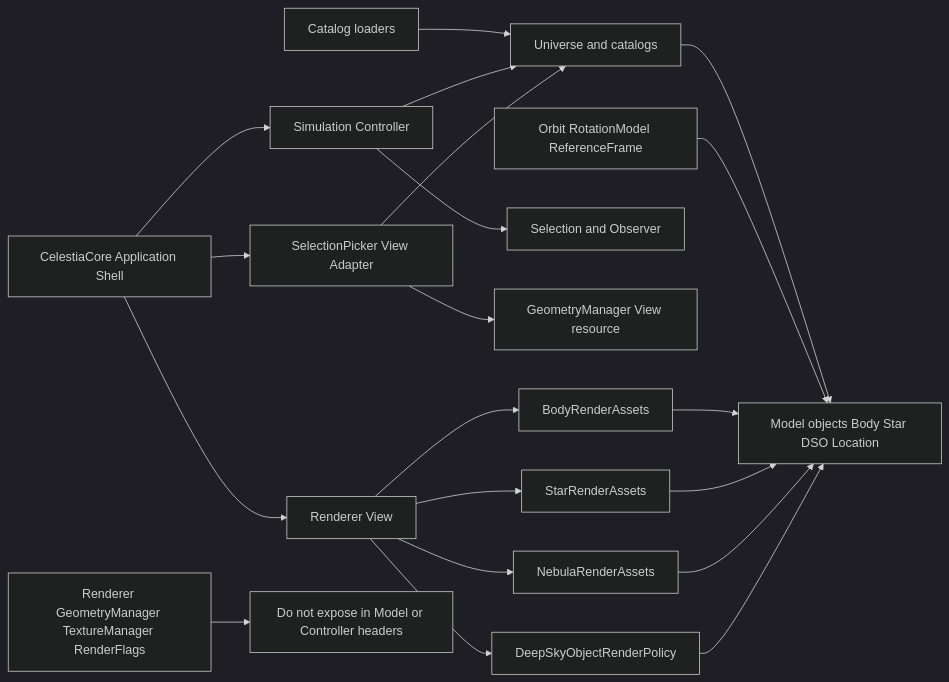
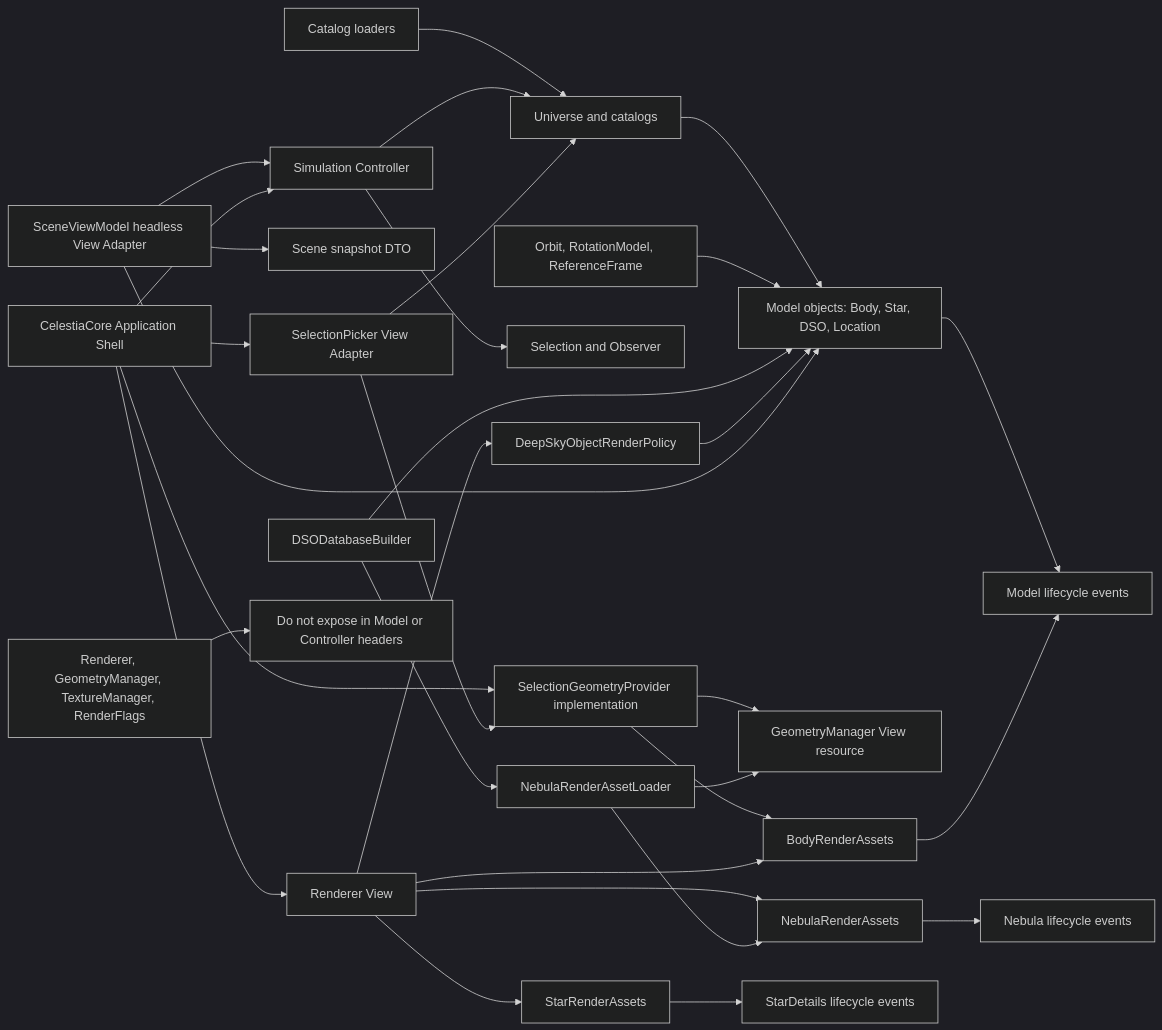
Before and after one commit to wgwtest/Celestia: the first of 4 diagrams in DOC/CODEX_DOC/02_设计说明/02-05-Celestia标准MVC解耦与迁移映射说明.md, drawn with Mermaid (dark theme). The commit also changed other lines of this file and 2 other files, not shown here.

````diff
--- a/DOC/CODEX_DOC/02_设计说明/02-05-Celestia标准MVC解耦与迁移映射说明.md
+++ b/DOC/CODEX_DOC/02_设计说明/02-05-Celestia标准MVC解耦与迁移映射说明.md
@@ -37,27 +37,40 @@
 ```mermaid
 graph LR
-    Catalog[Catalog loaders] --> Universe[Universe and catalogs]
-    Universe --> Model[Model objects Body Star DSO Location]
-    Dynamics[Orbit RotationModel ReferenceFrame] --> Model
+    Catalog["Catalog loaders"] --> Universe["Universe and catalogs"]
+    Universe --> Model["Model objects: Body, Star, DSO, Location"]
+    Dynamics["Orbit, RotationModel, ReferenceFrame"] --> Model
+    Model --> Lifecycle["Model lifecycle events"]
 
-    Simulation[Simulation Controller] --> Universe
-    Simulation --> State[Selection and Observer]
+    Simulation["Simulation Controller"] --> Universe
+    Simulation --> State["Selection and Observer"]
+    SceneViewModel["SceneViewModel headless View Adapter"] --> Simulation
+    SceneViewModel --> Snapshot["Scene snapshot DTO"]
 
-    CelestiaCore[CelestiaCore Application Shell] --> Simulation
-    CelestiaCore --> Renderer[Renderer View]
-    CelestiaCore --> SelectionPicker[SelectionPicker View Adapter]
+    CelestiaCore["CelestiaCore Application Shell"] --> Simulation
+    CelestiaCore --> Renderer["Renderer View"]
+    CelestiaCore --> SelectionPicker["SelectionPicker View Adapter"]
+    CelestiaCore --> GeometryProvider["SelectionGeometryProvider implementation"]
 
     SelectionPicker --> Universe
-    SelectionPicker --> GeometryManager[GeometryManager View resource]
-    Renderer --> BodyRenderAssets[BodyRenderAssets]
-    Renderer --> StarRenderAssets[StarRenderAssets]
-    Renderer --> NebulaRenderAssets[NebulaRenderAssets]
-    Renderer --> DeepSkyObjectRenderPolicy[DeepSkyObjectRenderPolicy]
+    SelectionPicker --> GeometryProvider
+    GeometryProvider --> GeometryManager["GeometryManager View resource"]
+    GeometryProvider --> BodyRenderAssets["BodyRenderAssets"]
 
-    BodyRenderAssets --> Model
-    StarRenderAssets --> Model
-    NebulaRenderAssets --> Model
+    Renderer --> BodyRenderAssets
+    Renderer --> StarRenderAssets["StarRenderAssets"]
+    Renderer --> NebulaRenderAssets["NebulaRenderAssets"]
+    Renderer --> DeepSkyObjectRenderPolicy["DeepSkyObjectRenderPolicy"]
+
+    BodyRenderAssets --> Lifecycle
+    StarRenderAssets --> StarLifecycle["StarDetails lifecycle events"]
+    NebulaRenderAssets --> NebulaLifecycle["Nebula lifecycle events"]
+    NebulaAssetLoader["NebulaRenderAssetLoader"] --> NebulaRenderAssets
+    NebulaAssetLoader --> GeometryManager
+    DsoBuilder["DSODatabaseBuilder"] --> Model
+    DsoBuilder --> NebulaAssetLoader
+
     DeepSkyObjectRenderPolicy --> Model
+    SceneViewModel --> Model
 
-    ViewResources[Renderer GeometryManager TextureManager RenderFlags] --> Forbidden[Do not expose in Model or Controller headers]
+    ViewResources["Renderer, GeometryManager, TextureManager, RenderFlags"] --> Forbidden["Do not expose in Model or Controller headers"]
 ```
````
